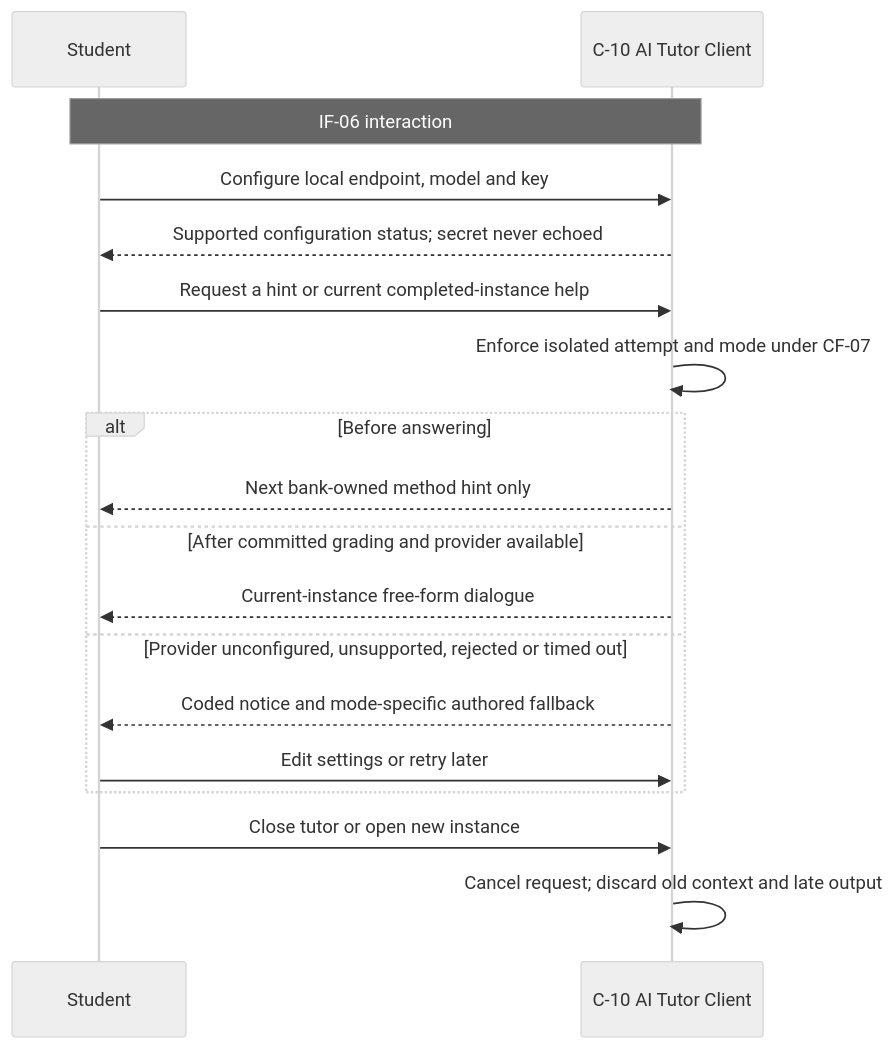
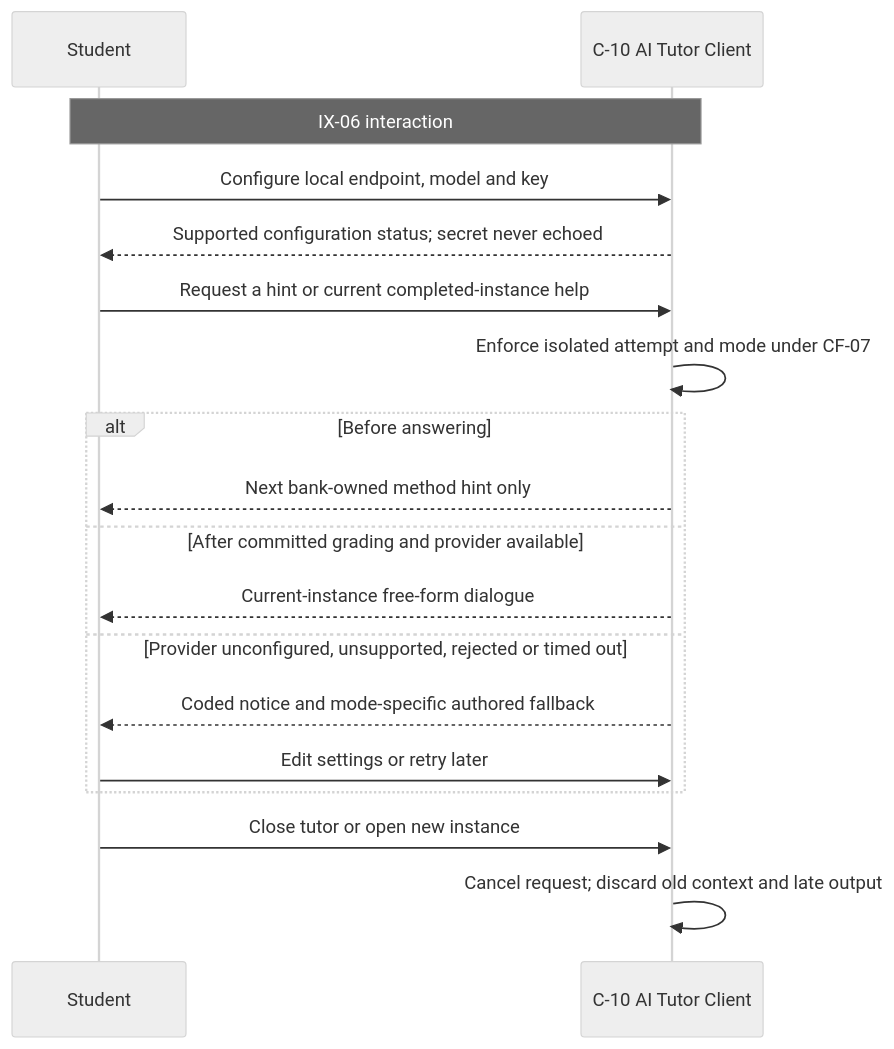
Diagram 14 of 14 in docs/architecture/ADD-0001-orange-v1-baseline.md (hailingu/orange), drawn with Mermaid (neutral theme) before and after one commit. The commit also changed other lines of this file and 1 other file, not shown here.

First line of the commit message:
docs(architecture): approve ADD-0001 V1 baseline to Current

````diff
--- a/docs/architecture/ADD-0001-orange-v1-baseline.md
+++ b/docs/architecture/ADD-0001-orange-v1-baseline.md
@@ -776,20 +777,20 @@
 ```mermaid
 sequenceDiagram
     participant Student
     participant C10 as C-10 AI Tutor Client
-    Note over Student,C10: IF-06 interaction
+    Note over Student,C10: IX-06 interaction
     Student->>C10: Configure local endpoint, model and key
     C10-->>Student: Supported configuration status#59; secret never echoed
     Student->>C10: Request a hint or current completed-instance help
     C10->>C10: Enforce isolated attempt and mode under CF-07
     alt Before answering
         C10-->>Student: Next bank-owned method hint only
     else After committed grading and provider available
         C10-->>Student: Current-instance free-form dialogue
     else Provider unconfigured, unsupported, rejected or timed out
         C10-->>Student: Coded notice and mode-specific authored fallback
         Student->>C10: Edit settings or retry later
     end
     Student->>C10: Close tutor or open new instance
     C10->>C10: Cancel request#59; discard old context and late output
 ```
````
